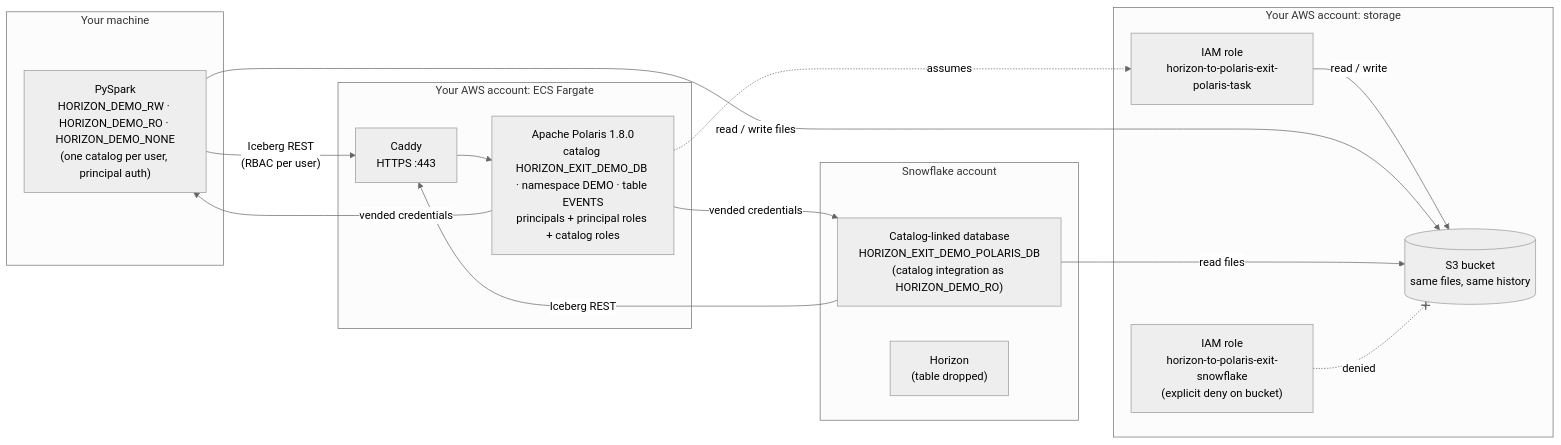
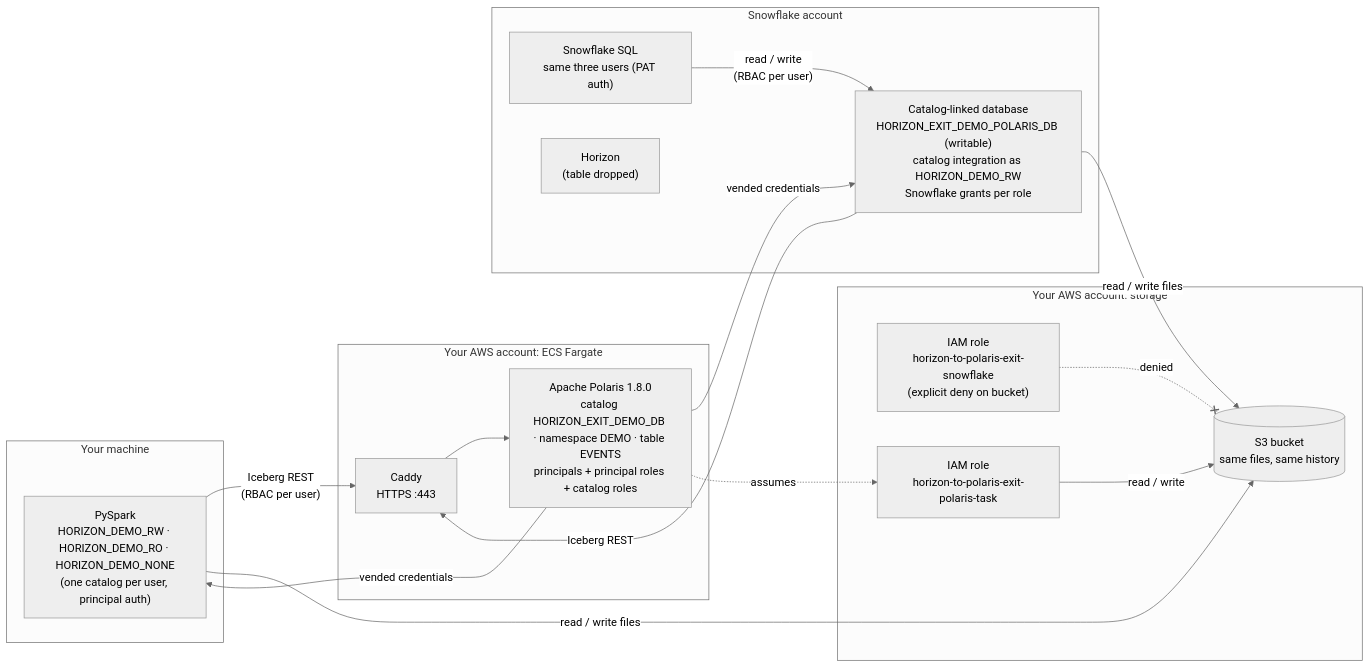
One commit to jasonhughes248/horizon-to-polaris-exit-demo changed the second of 2 diagrams in README.md. Above: the diagram before and after it, drawn with Mermaid (neutral theme). The commit also changed other lines of this file and 14 other files, not shown here.

Commit message:
add both spark and snowflake writes regardless of catalog, as well as quieting some noisy WARN logs

````diff
--- a/README.md
+++ b/README.md
@@ -140,30 +153,32 @@
 ```mermaid
 flowchart LR
     subgraph local["Your machine"]
         spark["PySpark<br/>HORIZON_DEMO_RW · HORIZON_DEMO_RO · HORIZON_DEMO_NONE<br/>(one catalog per user, principal auth)"]
     end
     subgraph ecs["Your AWS account: ECS Fargate"]
         caddy["Caddy<br/>HTTPS :443"]
         polaris["Apache Polaris 1.8.0<br/>catalog HORIZON_EXIT_DEMO_DB · namespace DEMO · table EVENTS<br/>principals + principal roles + catalog roles"]
         caddy --> polaris
     end
     subgraph sf["Snowflake account"]
-        cld["Catalog-linked database<br/>HORIZON_EXIT_DEMO_POLARIS_DB<br/>(catalog integration as HORIZON_DEMO_RO)"]
+        sfsql["Snowflake SQL<br/>same three users (PAT auth)"]
+        cld["Catalog-linked database<br/>HORIZON_EXIT_DEMO_POLARIS_DB (writable)<br/>catalog integration as HORIZON_DEMO_RW<br/>Snowflake grants per role"]
         horizon["Horizon<br/>(table dropped)"]
+        sfsql -- "read / write<br/>(RBAC per user)" --> cld
     end
     subgraph aws["Your AWS account: storage"]
         prole["IAM role<br/>horizon-to-polaris-exit-polaris-task"]
         srole["IAM role<br/>horizon-to-polaris-exit-snowflake<br/>(explicit deny on bucket)"]
         s3[("S3 bucket<br/>same files, same history")]
     end
     spark -- "Iceberg REST<br/>(RBAC per user)" --> caddy
     cld -- "Iceberg REST" --> caddy
     polaris -- "vended credentials" --> spark
     polaris -- "vended credentials" --> cld
     polaris -. "assumes" .-> prole
     prole -- "read / write" --> s3
     spark -- "read / write files" --> s3
-    cld -- "read files" --> s3
+    cld -- "read / write files" --> s3
     srole -. "denied" .-x s3
     horizon ~~~ srole
 ```
````
